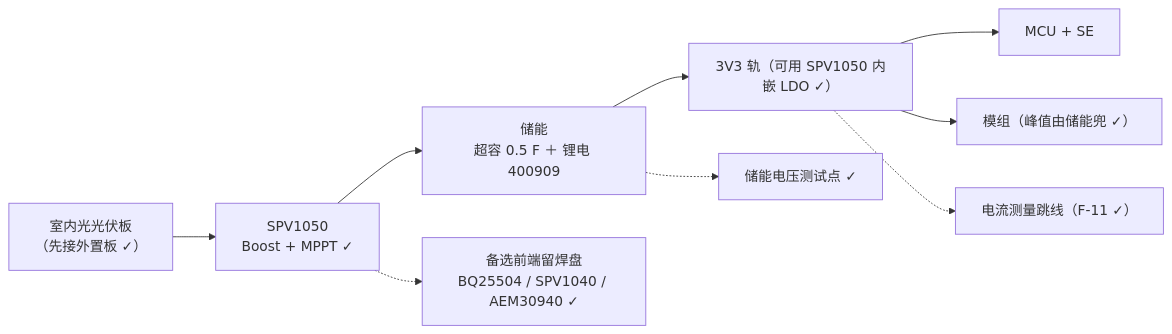
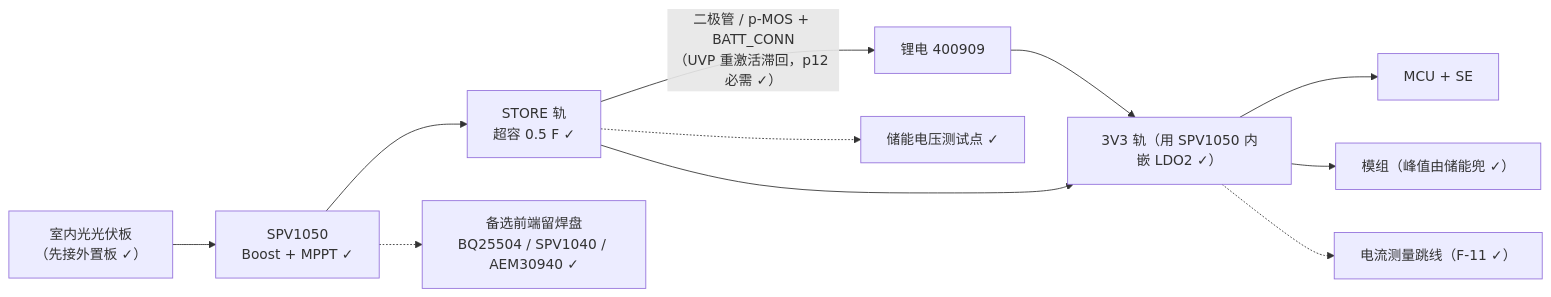
Before and after one commit to Orpah/orpah-client-demo: the diagram in docs/carrier-power-spv1050.md, drawn with Mermaid. The commit also changed other lines of this file and 3 other files, not shown here.

First line of the commit message:
docs(取能): SPV1050 手册到手 ⇒ 把「待核」换成官方公式（Eq 1～7 + 算例 + 图 2 接法）

````diff
--- a/docs/carrier-power-spv1050.md
+++ b/docs/carrier-power-spv1050.md
@@ -35,11 +88,13 @@
 ```mermaid
 graph LR
   PV["室内光光伏板<br/>（先接外置板 ✓）"] --> FE["SPV1050<br/>Boost + MPPT ✓"]
-  FE --> STORE["储能<br/>超容 0.5 F ＋ 锂电 400909"]
-  STORE --> RAIL["3V3 轨（可用 SPV1050 内嵌 LDO ✓）"]
+  FE --> STORE["STORE 轨<br/>超容 0.5 F ✓"]
+  STORE -->|"二极管 / p-MOS + BATT_CONN<br/>（UVP 重激活滞回，p12 必需 ✓）"| BATT["锂电 400909"]
+  BATT --> RAIL["3V3 轨（用 SPV1050 内嵌 LDO2 ✓）"]
+  STORE --> RAIL
   RAIL --> MCU["MCU + SE"]
   RAIL --> MOD["模组（峰值由储能兜 ✓）"]
   RAIL -.-> J1["电流测量跳线（F-11 ✓）"]
   STORE -.-> TP["储能电压测试点 ✓"]
   FE -.-> ALT["备选前端留焊盘<br/>BQ25504 / SPV1040 / AEM30940 ✓"]
 ```
````
